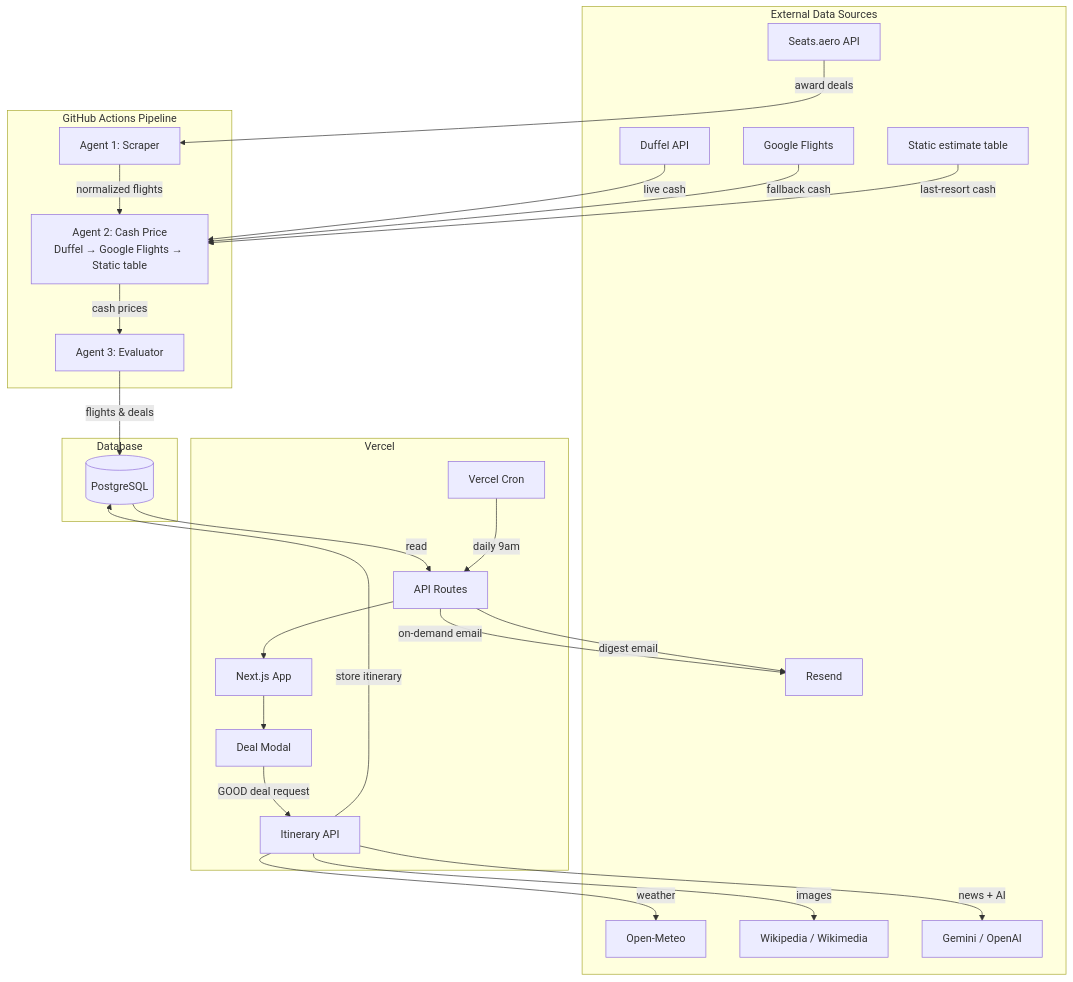
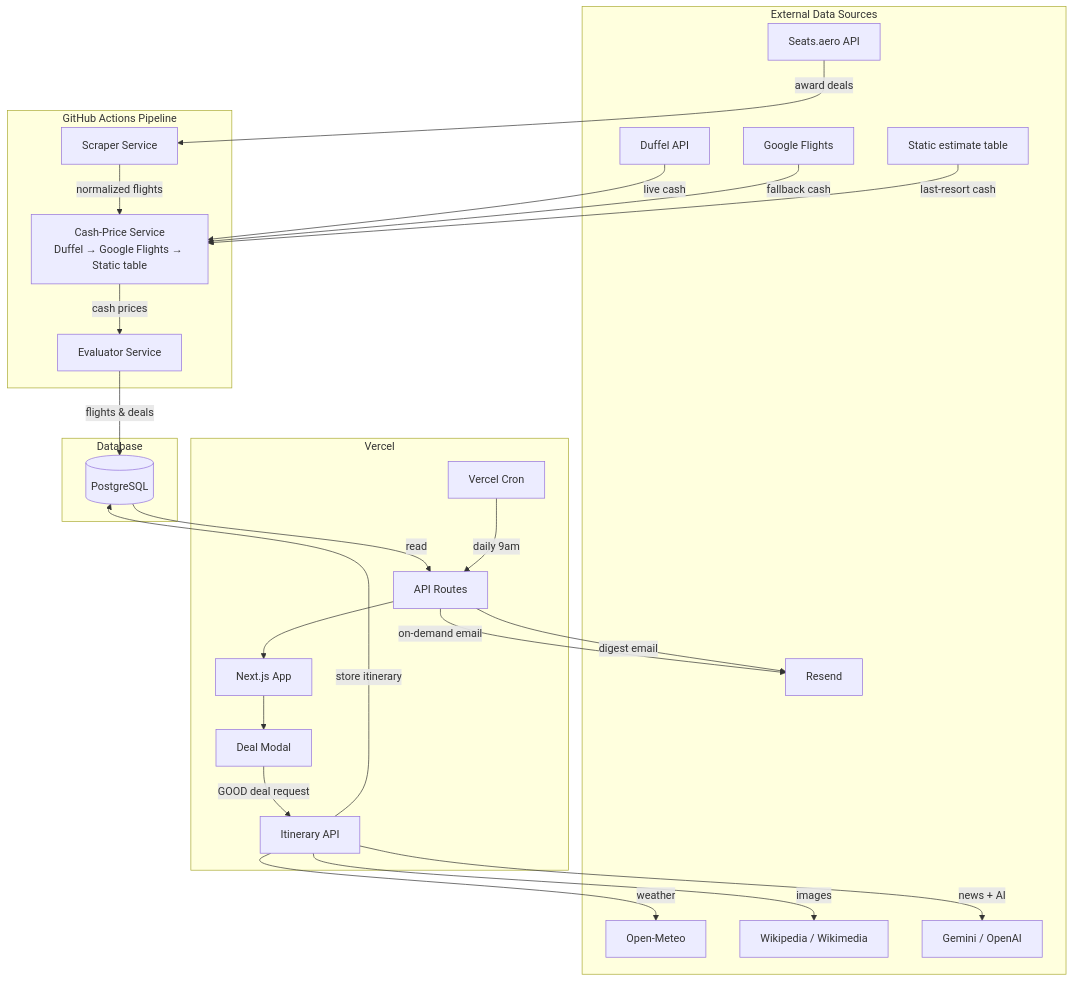
Before and after one commit to hadileonard08/flight-deal-dashboard: the first of 2 diagrams in README.md, drawn with Mermaid. The commit also changed other lines of this file, not shown here.

Commit message:
Clarify README terminology: deterministic pipeline services vs LLM agents, expand LangGraph explanation, update diagrams

````diff
--- a/README.md
+++ b/README.md
@@ -123,50 +126,50 @@
 ```mermaid
 flowchart TD
     subgraph External Data Sources
         A[Seats.aero API]
         B[Duffel API]
         C[Google Flights]
         D[Open-Meteo]
         E[Wikipedia / Wikimedia]
         F[Gemini / OpenAI]
         G[Resend]
         S[Static estimate table]
     end
 
     subgraph GitHub Actions Pipeline
-        H[Agent 1: Scraper]
-        I[Agent 2: Cash Price<br/>Duffel → Google Flights → Static table]
-        J[Agent 3: Evaluator]
+        H[Scraper Service]
+        I[Cash-Price Service<br/>Duffel → Google Flights → Static table]
+        J[Evaluator Service]
     end
 
     subgraph Vercel
         K[Next.js App]
         L[API Routes]
         M[Deal Modal]
         N[Itinerary API]
         Q[Vercel Cron]
     end
 
     subgraph Database
         P[(PostgreSQL)]
     end
 
     A -->|award deals| H
     B -->|live cash| I
     C -->|fallback cash| I
     S -->|last-resort cash| I
     H -->|normalized flights| I
     I -->|cash prices| J
     J -->|flights & deals| P
     P -->|read| L
     L --> K
     K --> M
     M -->|GOOD deal request| N
     N -->|weather| D
     N -->|images| E
     N -->|news + AI| F
     N -->|store itinerary| P
     L -->|on-demand email| G
     Q -->|daily 9am| L
     L -->|digest email| G
 ```
````
